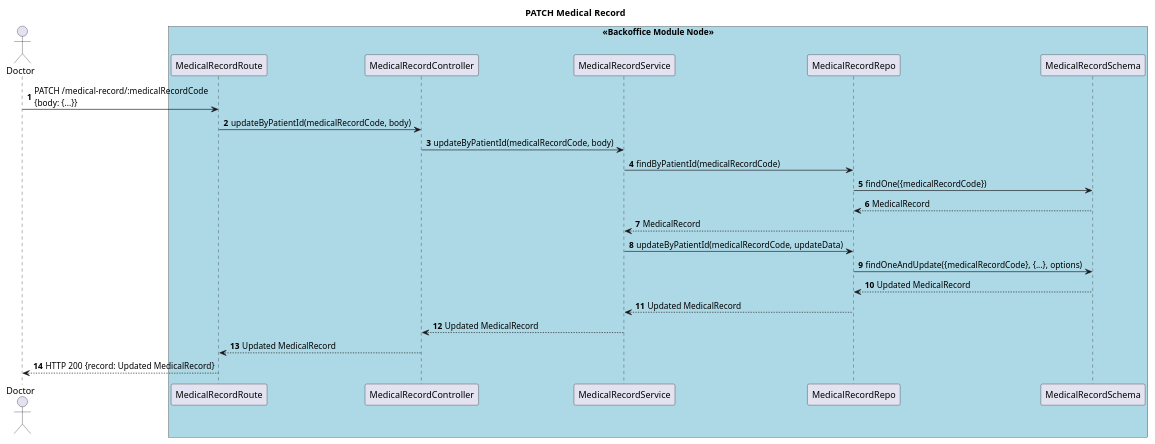
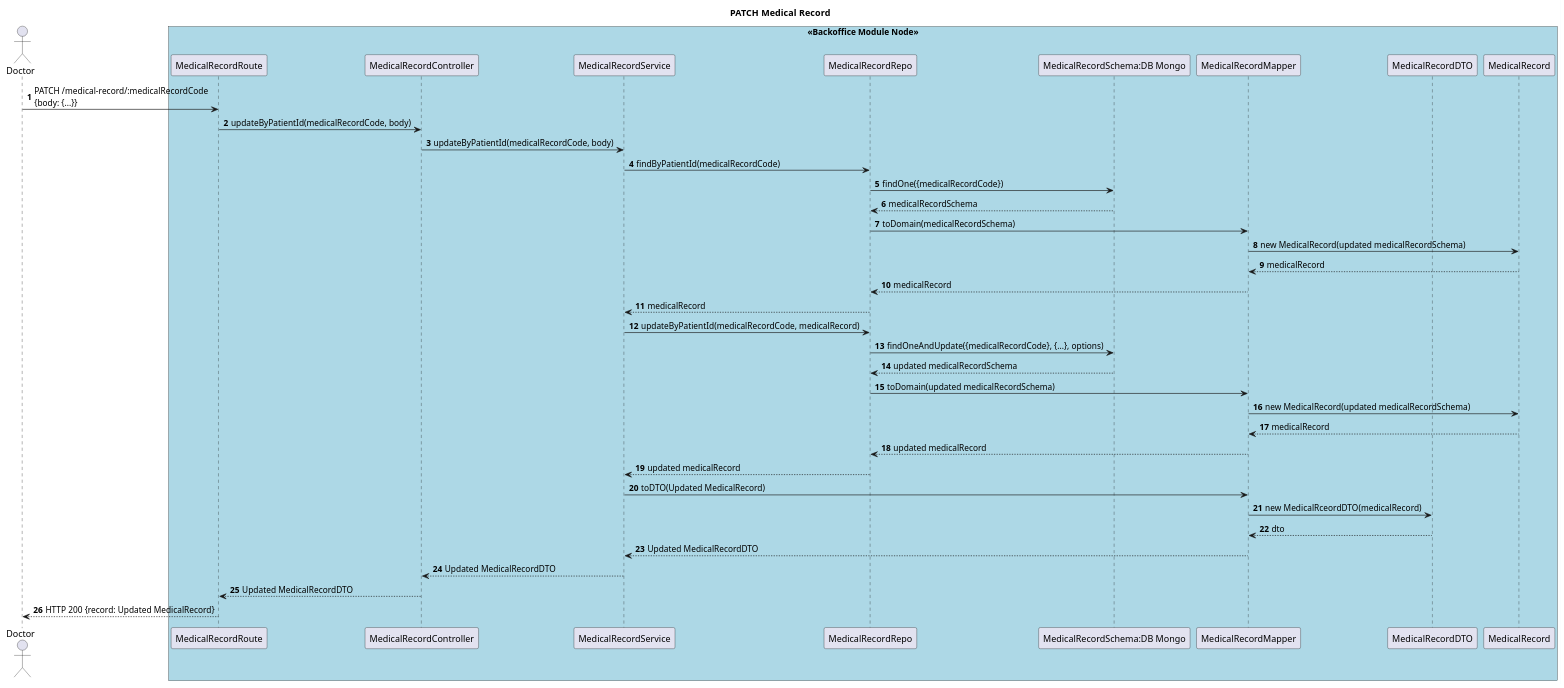
Before and after one commit to Departamento-de-Engenharia-Informatica/sem5pi-24-25-3NA_G74: the diagram in docs/sprint3/7.2.6/Vista de Processos/3_sd.puml, drawn with PlantUML. The commit also changed 7 other files, not shown here.

```diff
--- a/docs/sprint3/7.2.6/Vista de Processos/3_sd.puml
+++ b/docs/sprint3/7.2.6/Vista de Processos/3_sd.puml
@@ -1,32 +1,48 @@
 @startuml
 
 autonumber
 
 actor "Doctor" as doc
 
 title "PATCH Medical Record"
 
 box "<<Backoffice Module Node>>" #LightBlue
 participant MedicalRecordRoute as route
 participant MedicalRecordController as controller
 participant MedicalRecordService as service
 participant MedicalRecordRepo as repo
-participant MedicalRecordSchema as schema
+participant "MedicalRecordSchema:DB Mongo" as db
+
+participant MedicalRecordMapper as mapper
+participant MedicalRecordDTO as dto
+participant MedicalRecord as medicalRecord
 end box
 
 doc -> route: PATCH /medical-record/:medicalRecordCode\n{body: {...}}
 route -> controller: updateByPatientId(medicalRecordCode, body)
 controller -> service: updateByPatientId(medicalRecordCode, body)
 service -> repo: findByPatientId(medicalRecordCode)
-repo -> schema: findOne({medicalRecordCode})
-schema --> repo: MedicalRecord
-repo --> service: MedicalRecord
-service -> repo: updateByPatientId(medicalRecordCode, updateData)
-repo -> schema: findOneAndUpdate({medicalRecordCode}, {...}, options)
-schema --> repo: Updated MedicalRecord
-repo --> service: Updated MedicalRecord
-service --> controller: Updated MedicalRecord
-controller --> route: Updated MedicalRecord
+repo -> db: findOne({medicalRecordCode})
+db --> repo: medicalRecordSchema
+repo -> mapper: toDomain(medicalRecordSchema)
+mapper -> medicalRecord: new MedicalRecord(updated medicalRecordSchema)
+medicalRecord --> mapper: medicalRecord
+mapper --> repo: medicalRecord
+repo --> service: medicalRecord
+service -> repo: updateByPatientId(medicalRecordCode, medicalRecord)
+repo -> db: findOneAndUpdate({medicalRecordCode}, {...}, options)
+db --> repo: updated medicalRecordSchema
+repo -> mapper: toDomain(updated medicalRecordSchema)
+mapper -> medicalRecord: new MedicalRecord(updated medicalRecordSchema)
+medicalRecord --> mapper: medicalRecord
+mapper --> repo: updated medicalRecord
+repo --> service: updated medicalRecord
+service -> mapper: toDTO(Updated MedicalRecord)
+mapper -> dto: new MedicalRceordDTO(medicalRecord)
+dto --> mapper: dto
+mapper --> service: Updated MedicalRecordDTO
+service --> controller: Updated MedicalRecordDTO
+controller --> route: Updated MedicalRecordDTO
 route --> doc: HTTP 200 {record: Updated MedicalRecord}
 
 @enduml
```
